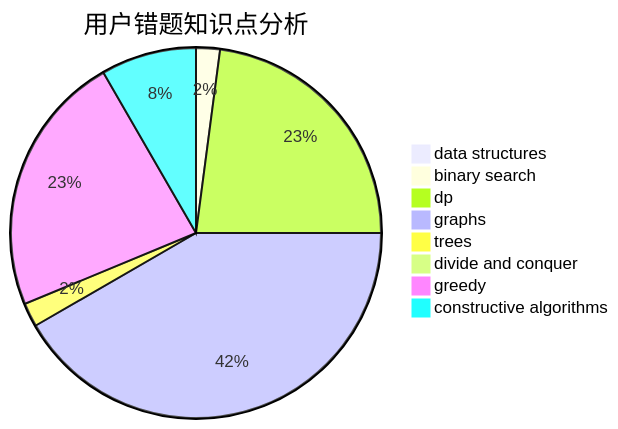
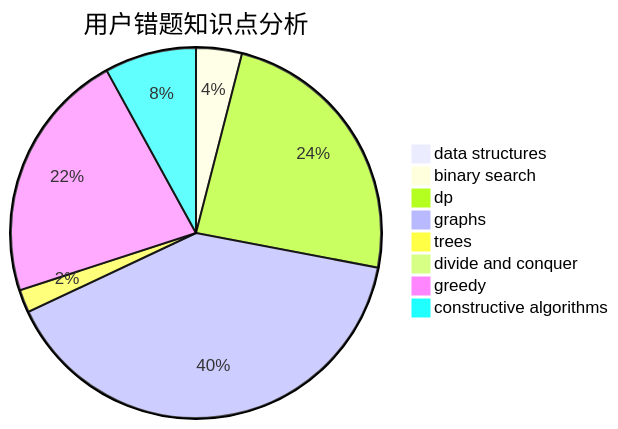
Before and after one commit to sherpahu/cfrs.github.io: the third of 3 diagrams in docs/user/u1821.md, drawn with Mermaid. The commit also changed other lines of this file and 2770 other files, not shown here.

````diff
--- a/docs/user/u1821.md
+++ b/docs/user/u1821.md
@@ -36,11 +36,11 @@
 ```mermaid
 pie title 用户错题知识点分析
     "data structures" :  0
-    "binary search" :  1
-    "dp" :  11
+    "binary search" :  2
+    "dp" :  12
     "graphs" :  20
     "trees" :  1
     "divide and conquer" :  0
     "greedy" :  11
     "constructive algorithms" :  4
 ```
````
